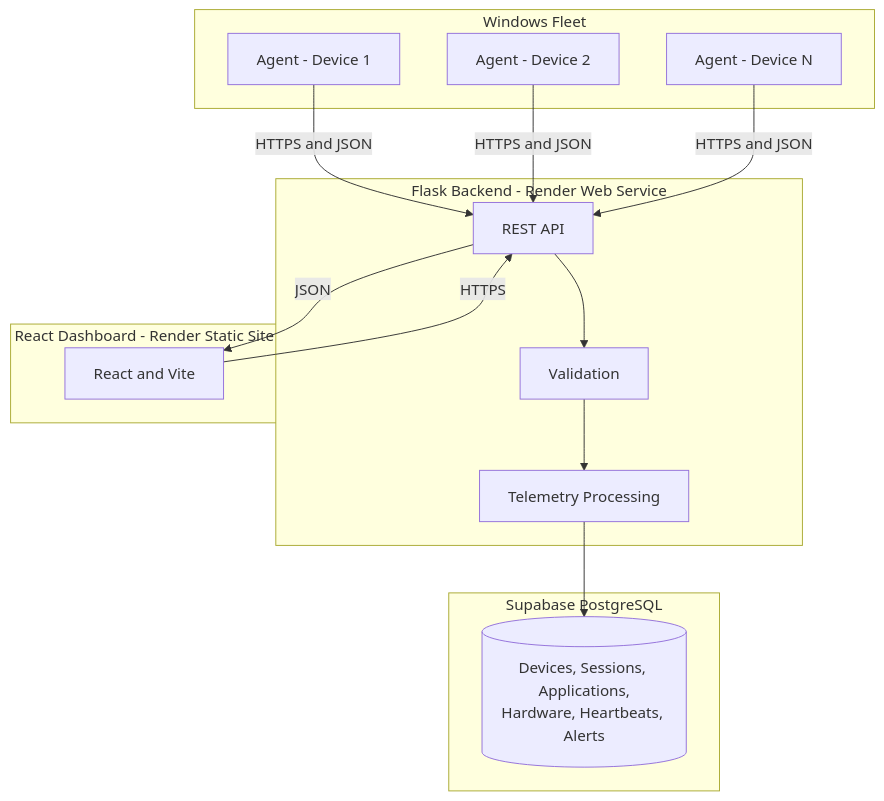
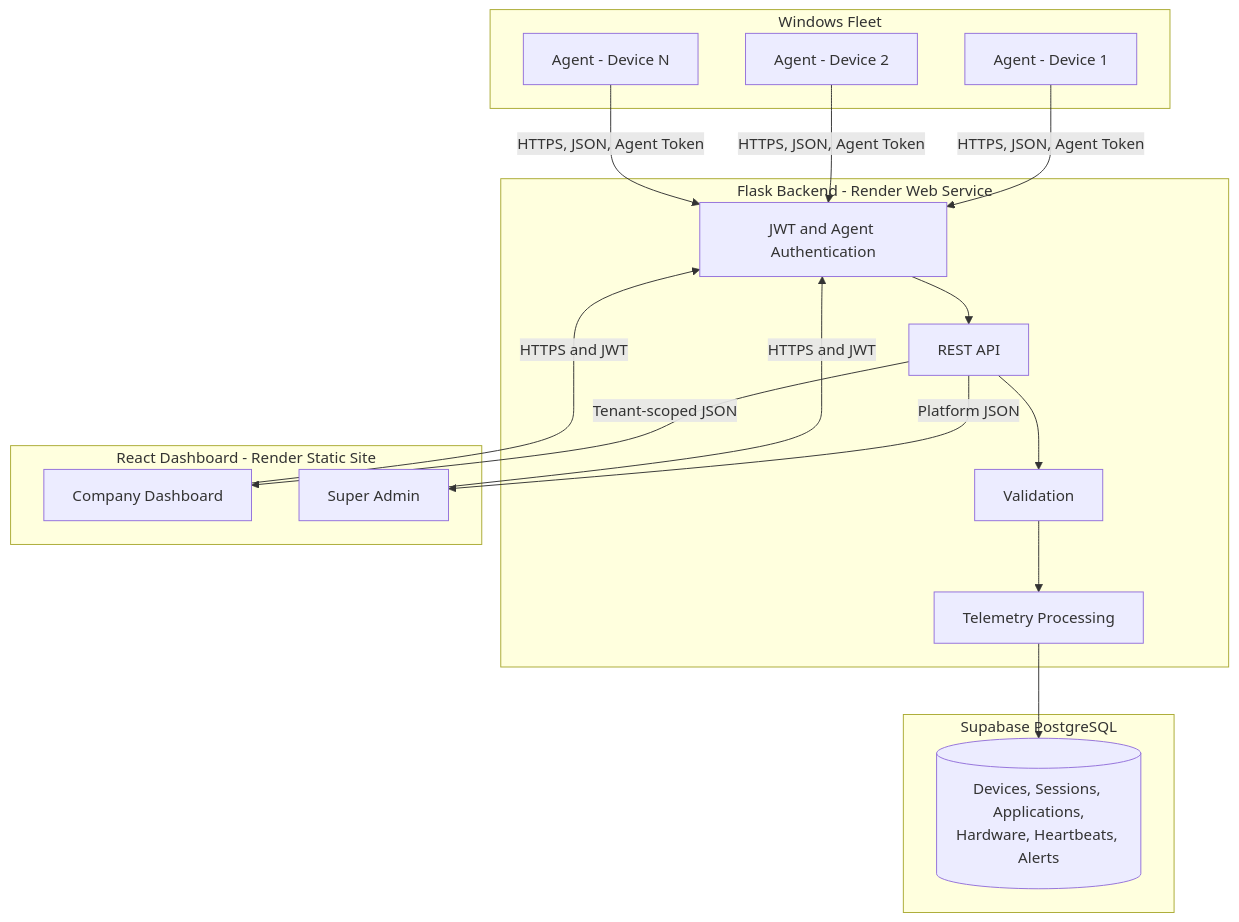
Before and after one commit to Sarthaksulkhlan/Asset-Sentinel: the first of 2 diagrams in README.md, drawn with Mermaid. The commit also changed other lines of this file, not shown here.

Commit message:
docs: refine README architecture and setup guidance

````diff
--- a/README.md
+++ b/README.md
@@ -107,29 +113,34 @@
 ```mermaid
 flowchart TB
     subgraph Fleet[Windows Fleet]
         A1[Agent - Device 1]
         A2[Agent - Device 2]
         A3[Agent - Device N]
     end
 
     subgraph Backend[Flask Backend - Render Web Service]
+        AUTH[JWT and Agent Authentication]
         API[REST API]
         VAL[Validation]
         PROC[Telemetry Processing]
     end
 
     subgraph Store[Supabase PostgreSQL]
         DB[(Devices, Sessions, Applications,<br/>Hardware, Heartbeats, Alerts)]
     end
 
     subgraph Dashboard[React Dashboard - Render Static Site]
-        UI[React and Vite]
+        ADMIN[Company Dashboard]
+        SUPER[Super Admin]
     end
 
-    A1 -->|HTTPS and JSON| API
-    A2 -->|HTTPS and JSON| API
-    A3 -->|HTTPS and JSON| API
+    A1 -->|HTTPS, JSON, Agent Token| AUTH
+    A2 -->|HTTPS, JSON, Agent Token| AUTH
+    A3 -->|HTTPS, JSON, Agent Token| AUTH
+    AUTH --> API
     API --> VAL --> PROC --> DB
-    UI -->|HTTPS| API
-    API -->|JSON| UI
+    ADMIN -->|HTTPS and JWT| AUTH
+    SUPER -->|HTTPS and JWT| AUTH
+    API -->|Tenant-scoped JSON| ADMIN
+    API -->|Platform JSON| SUPER
 ```
````
